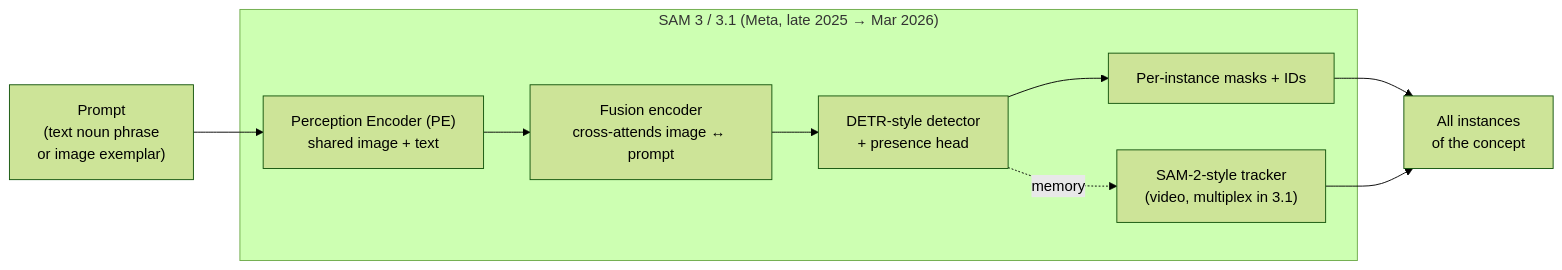
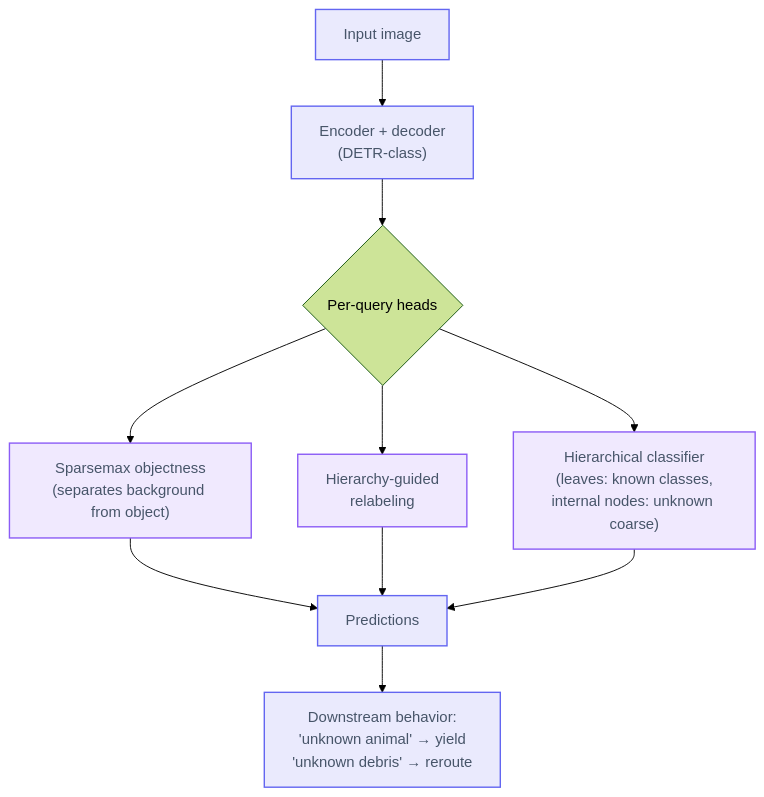
The fourth of 4 diagrams in 2026-Apr-30/2026-Apr-30_CV_updates.md (voyarchie/cv-updates), drawn with Mermaid (forest theme) before and after one commit. The commit also changed other lines of this file and 3 other files, not shown here.

````diff
--- a/2026-Apr-30/2026-Apr-30_CV_updates.md
+++ b/2026-Apr-30/2026-Apr-30_CV_updates.md
@@ -242,14 +145,17 @@
 ```mermaid
-flowchart LR
-    PROMPT["Prompt<br/>(text noun phrase<br/>or image exemplar)"] --> ENC
+flowchart TB
+    Img["Input image"] --> ENC["Encoder + decoder<br/>(DETR-class)"]
+    ENC --> Heads{"Per-query heads"}
+    Heads --> H1["Sparsemax objectness<br/>(separates background from object)"]
+    Heads --> H2["Hierarchy-guided<br/>relabeling"]
+    Heads --> H3["Hierarchical classifier<br/>(leaves: known classes,<br/>internal nodes: unknown coarse)"]
+    H1 --> Out["Predictions"]
+    H2 --> Out
+    H3 --> Out
+    Out --> Down["Downstream behavior:<br/>'unknown animal' → yield<br/>'unknown debris' → reroute"]
 
-    subgraph SAM3["SAM 3 / 3.1 (Meta, late 2025 → Mar 2026)"]
-        ENC["Perception Encoder (PE)<br/>shared image + text"] --> FUSION["Fusion encoder<br/>cross-attends image ↔ prompt"]
-        FUSION --> DETECTOR["DETR-style detector<br/>+ presence head"]
-        DETECTOR --> MASKS["Per-instance masks + IDs"]
-        DETECTOR -. memory .-> TRACKER["SAM-2-style tracker<br/>(video, multiplex in 3.1)"]
-    end
-
-    MASKS --> OUT["All instances<br/>of the concept"]
-    TRACKER --> OUT
+    classDef purple fill:#8b5cf622,stroke:#8b5cf6,stroke-width:1.5px,color:#475569;
+    classDef ind    fill:#6366f122,stroke:#6366f1,stroke-width:1.5px,color:#475569;
+    class H1,H2,H3 purple
+    class Img,ENC,Out,Down ind
 ```
````
